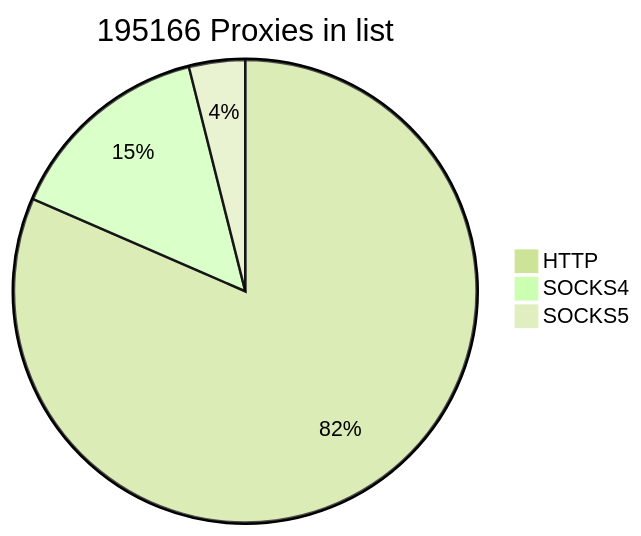
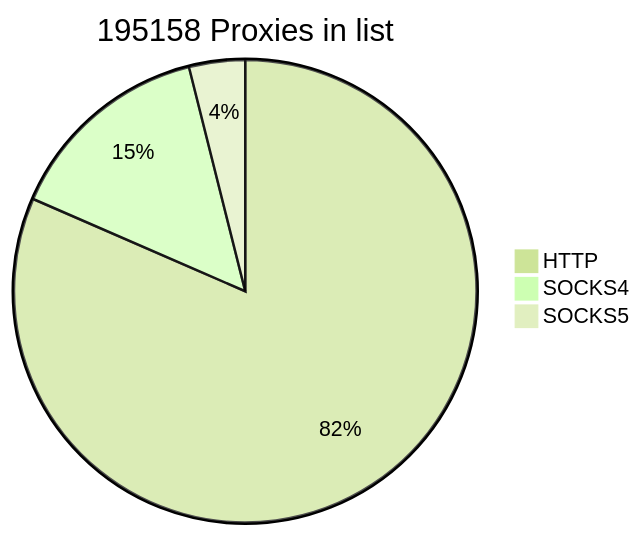
One commit to cutipu/proxylist changed the first of 2 diagrams in README.md. Above: the diagram before and after it, drawn with Mermaid (forest theme). The commit also changed other lines of this file, not shown here.

````diff
--- a/README.md
+++ b/README.md
@@ -2,7 +2,7 @@
 ```mermaid
-pie title 195166 Proxies in list
+pie title 195158 Proxies in list
     "HTTP" : 159116
-    "SOCKS4" : 28403
-    "SOCKS5" : 7647
+    "SOCKS4" : 28404
+    "SOCKS5" : 7638
             
 ```
````
